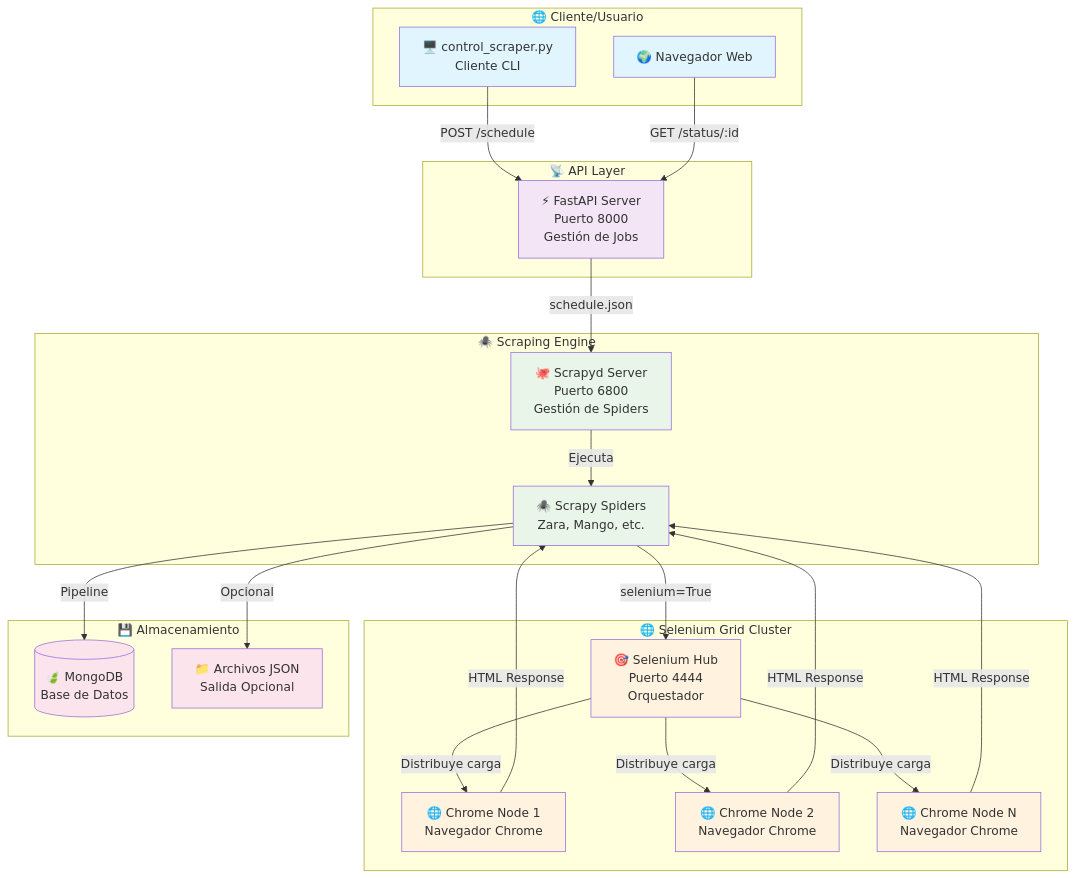
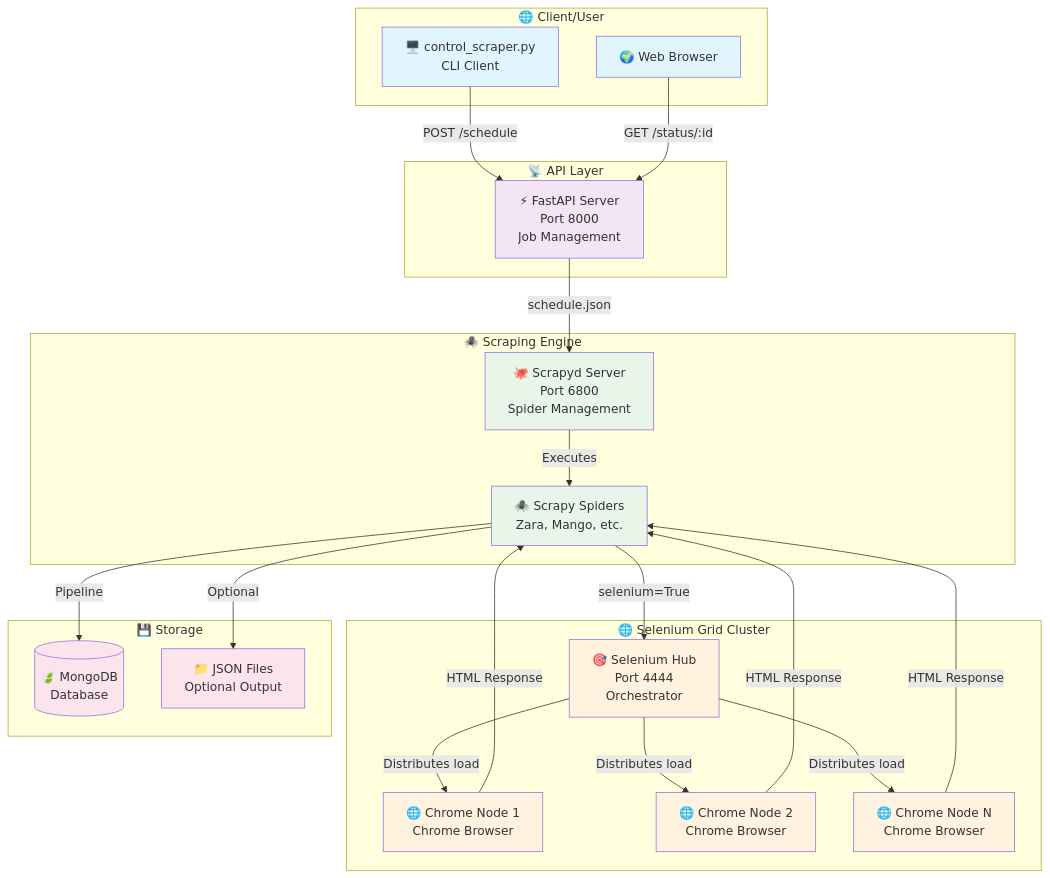
The diagram in README.md (Erik172/stylos-scrapers), drawn with Mermaid before and after one commit. The commit also changed other lines of this file and 17 other files, not shown here.

````diff
--- a/README.md
+++ b/README.md
@@ -42,56 +124,56 @@
 ```mermaid
 graph TB
-    subgraph "🌐 Cliente/Usuario"
-        CLI[🖥️ control_scraper.py<br/>Cliente CLI]
-        WEB[🌍 Navegador Web]
+    subgraph "🌐 Client/User"
+        CLI[🖥️ control_scraper.py<br/>CLI Client]
+        WEB[🌍 Web Browser]
     end
     
     subgraph "📡 API Layer"
-        API[⚡ FastAPI Server<br/>Puerto 8000<br/>Gestión de Jobs]
+        API[⚡ FastAPI Server<br/>Port 8000<br/>Job Management]
     end
     
     subgraph "🕷️ Scraping Engine"
-        SCRAPYD[🐙 Scrapyd Server<br/>Puerto 6800<br/>Gestión de Spiders]
+        SCRAPYD[🐙 Scrapyd Server<br/>Port 6800<br/>Spider Management]
         SPIDER[🕷️ Scrapy Spiders<br/>Zara, Mango, etc.]
     end
     
     subgraph "🌐 Selenium Grid Cluster"
-        HUB[🎯 Selenium Hub<br/>Puerto 4444<br/>Orquestador]
-        CHROME1[🌐 Chrome Node 1<br/>Navegador Chrome]
-        CHROME2[🌐 Chrome Node 2<br/>Navegador Chrome] 
-        CHROME3[🌐 Chrome Node N<br/>Navegador Chrome]
+        HUB[🎯 Selenium Hub<br/>Port 4444<br/>Orchestrator]
+        CHROME1[🌐 Chrome Node 1<br/>Chrome Browser]
+        CHROME2[🌐 Chrome Node 2<br/>Chrome Browser] 
+        CHROME3[🌐 Chrome Node N<br/>Chrome Browser]
     end
     
-    subgraph "💾 Almacenamiento"
-        MONGO[(🍃 MongoDB<br/>Base de Datos)]
-        FILES[📁 Archivos JSON<br/>Salida Opcional]
+    subgraph "💾 Storage"
+        MONGO[(🍃 MongoDB<br/>Database)]
+        FILES[📁 JSON Files<br/>Optional Output]
     end
     
-    %% Flujo de datos
+    %% Data Flow
     CLI -->|POST /schedule| API
     WEB -->|GET /status/:id| API
     API -->|schedule.json| SCRAPYD
-    SCRAPYD -->|Ejecuta| SPIDER
+    SCRAPYD -->|Executes| SPIDER
     SPIDER -->|selenium=True| HUB
-    HUB -->|Distribuye carga| CHROME1
-    HUB -->|Distribuye carga| CHROME2
-    HUB -->|Distribuye carga| CHROME3
+    HUB -->|Distributes load| CHROME1
+    HUB -->|Distributes load| CHROME2
+    HUB -->|Distributes load| CHROME3
     CHROME1 -->|HTML Response| SPIDER
     CHROME2 -->|HTML Response| SPIDER
     CHROME3 -->|HTML Response| SPIDER
     SPIDER -->|Pipeline| MONGO
-    SPIDER -->|Opcional| FILES
+    SPIDER -->|Optional| FILES
     
-    %% Estilos
+    %% Styles
     classDef client fill:#e1f5fe
     classDef api fill:#f3e5f5
     classDef scraping fill:#e8f5e8
     classDef selenium fill:#fff3e0
     classDef storage fill:#fce4ec
     
     class CLI,WEB client
     class API api
     class SCRAPYD,SPIDER scraping
     class HUB,CHROME1,CHROME2,CHROME3 selenium
     class MONGO,FILES storage
 ```
````
